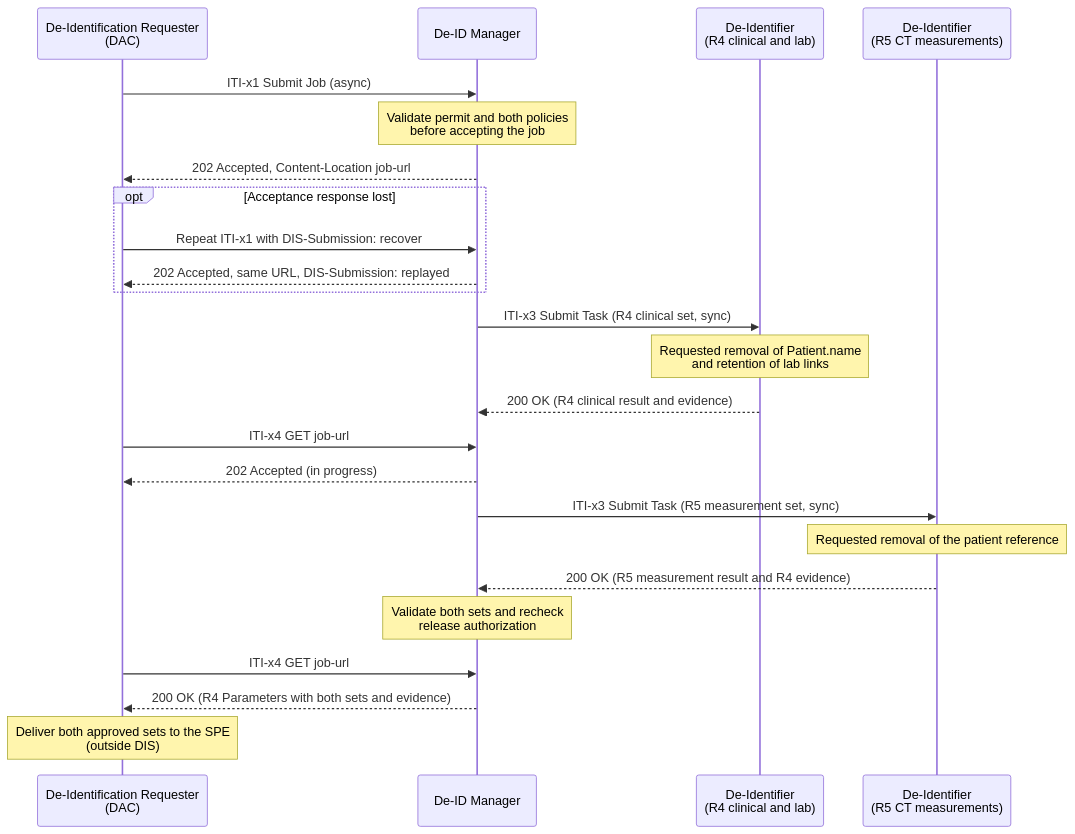
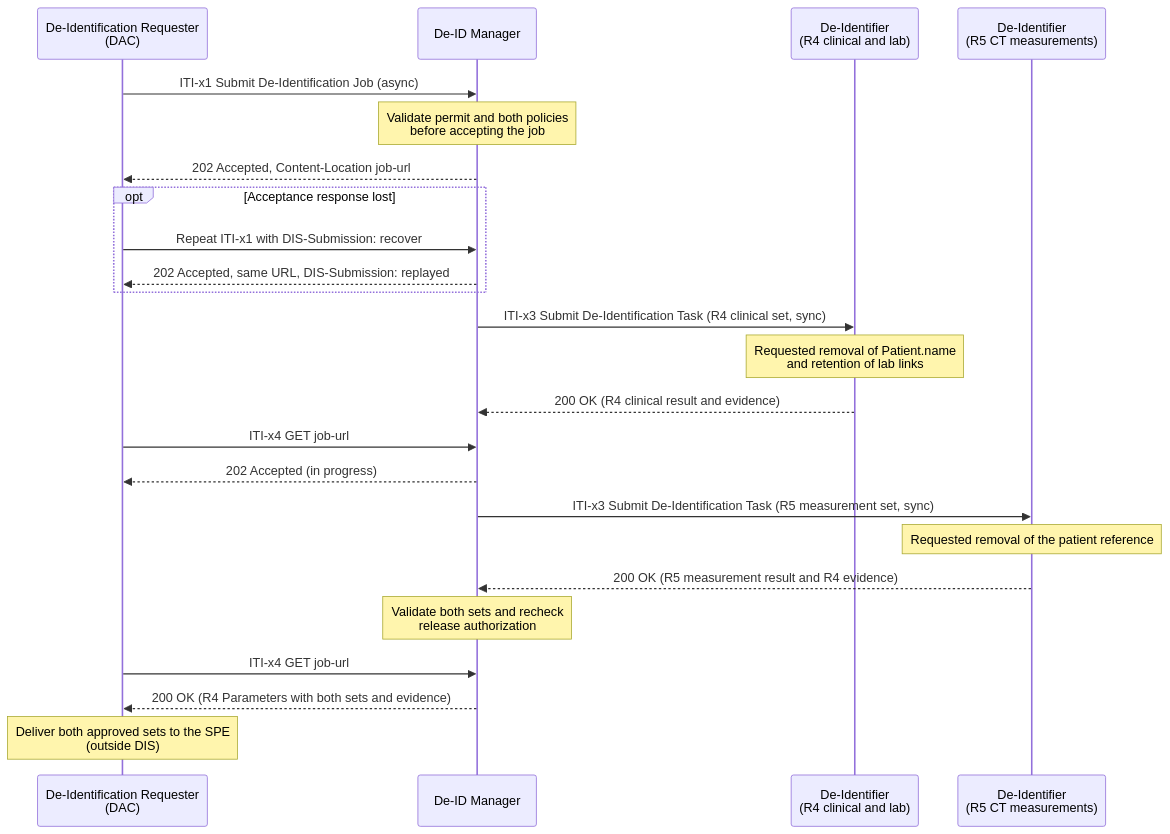
The diagram in input/images-source/dis-uc2-ai-ml-development.mmd (IHE/ITI.DIS), drawn with Mermaid before and after one commit. The commit also changed 24 other files, not shown here.

Commit message:
Align DIS job and task artifacts with the formal names

```diff
--- a/input/images-source/dis-uc2-ai-ml-development.mmd
+++ b/input/images-source/dis-uc2-ai-ml-development.mmd
@@ -1,28 +1,28 @@
 sequenceDiagram
     participant DAC as De-Identification Requester<br/>(DAC)
     participant MGR as De-ID Manager
     participant DI_C as De-Identifier<br/>(R4 clinical and lab)
     participant DI_I as De-Identifier<br/>(R5 CT measurements)
 
-    DAC->>MGR: ITI-x1 Submit Job (async)
+    DAC->>MGR: ITI-x1 Submit De-Identification Job (async)
     Note over MGR: Validate permit and both policies<br/>before accepting the job
     MGR-->>DAC: 202 Accepted, Content-Location job-url
     opt Acceptance response lost
         DAC->>MGR: Repeat ITI-x1 with DIS-Submission: recover
         MGR-->>DAC: 202 Accepted, same URL, DIS-Submission: replayed
     end
 
-    MGR->>DI_C: ITI-x3 Submit Task (R4 clinical set, sync)
+    MGR->>DI_C: ITI-x3 Submit De-Identification Task (R4 clinical set, sync)
     Note over DI_C: Requested removal of Patient.name<br/>and retention of lab links
     DI_C-->>MGR: 200 OK (R4 clinical result and evidence)
 
     DAC->>MGR: ITI-x4 GET job-url
     MGR-->>DAC: 202 Accepted (in progress)
 
-    MGR->>DI_I: ITI-x3 Submit Task (R5 measurement set, sync)
+    MGR->>DI_I: ITI-x3 Submit De-Identification Task (R5 measurement set, sync)
     Note over DI_I: Requested removal of the patient reference
     DI_I-->>MGR: 200 OK (R5 measurement result and R4 evidence)
     Note over MGR: Validate both sets and recheck<br/>release authorization
     DAC->>MGR: ITI-x4 GET job-url
     MGR-->>DAC: 200 OK (R4 Parameters with both sets and evidence)
     Note over DAC: Deliver both approved sets to the SPE<br/>(outside DIS)
```
